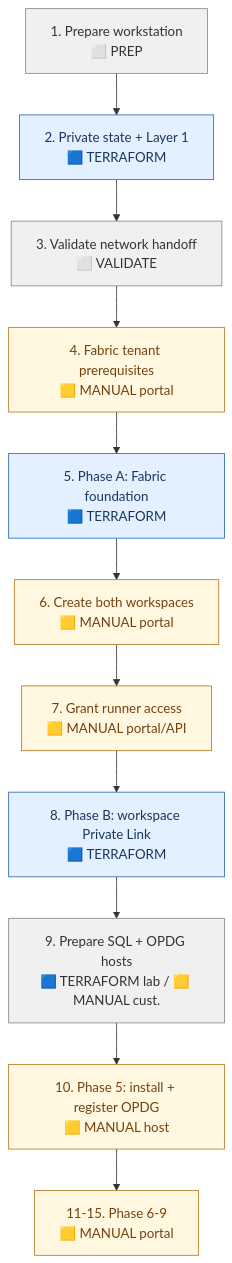
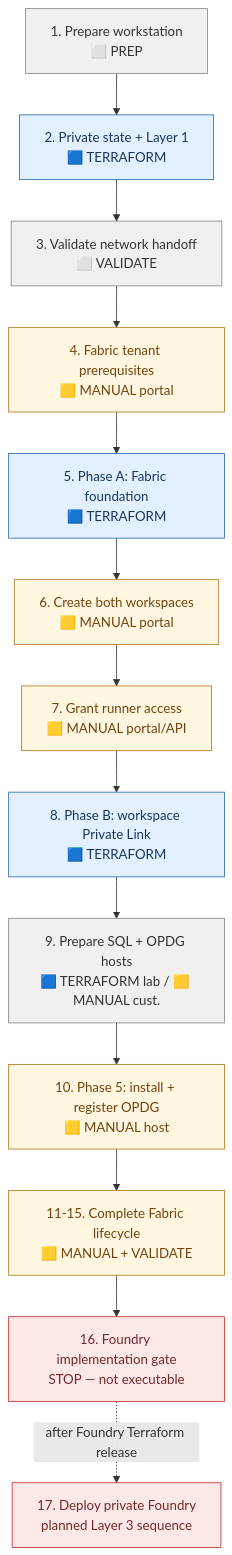
Before and after one commit to roie9876/Fabric-LZ: the diagram in DEPLOYMENT-GUIDE.md, drawn with Mermaid. The commit also changed other lines of this file and 5 other files, not shown here.

First line of the commit message:
docs: unify Layer 1-3 deployment lifecycle

````diff
--- a/DEPLOYMENT-GUIDE.md
+++ b/DEPLOYMENT-GUIDE.md
@@ -163,20 +184,24 @@
 ```mermaid
 flowchart TD
     S1["1. Prepare workstation<br/>⬜ PREP"] --> S2["2. Private state + Layer 1<br/>🟦 TERRAFORM"]
     S2 --> S3["3. Validate network handoff<br/>⬜ VALIDATE"]
     S3 --> S4["4. Fabric tenant prerequisites<br/>🟨 MANUAL portal"]
     S4 --> S5["5. Phase A: Fabric foundation<br/>🟦 TERRAFORM"]
     S5 --> S6["6. Create both workspaces<br/>🟨 MANUAL portal"]
     S6 --> S7["7. Grant runner access<br/>🟨 MANUAL portal/API"]
     S7 --> S8["8. Phase B: workspace Private Link<br/>🟦 TERRAFORM"]
     S8 --> S9["9. Prepare SQL + OPDG hosts<br/>🟦 TERRAFORM lab / 🟨 MANUAL cust."]
     S9 --> S10["10. Phase 5: install + register OPDG<br/>🟨 MANUAL host"]
-    S10 --> S11["11-15. Phase 6-9<br/>🟨 MANUAL portal"]
+    S10 --> S11["11-15. Complete Fabric lifecycle<br/>🟨 MANUAL + VALIDATE"]
+    S11 --> S16["16. Foundry implementation gate<br/>STOP — not executable"]
+    S16 -. "after Foundry Terraform release" .-> S17["17. Deploy private Foundry<br/>planned Layer 3 sequence"]
 
     classDef tf fill:#e3f0ff,stroke:#2b6cb0,color:#1a365d;
     classDef manual fill:#fff7e0,stroke:#b7791f,color:#744210;
     classDef prep fill:#f0f0f0,stroke:#888,color:#333;
+    classDef blocked fill:#fde8e8,stroke:#c53030,color:#742a2a;
     class S2,S5,S8 tf;
     class S4,S6,S7,S10,S11 manual;
     class S1,S3,S9 prep;
+    class S16,S17 blocked;
 ```
````
